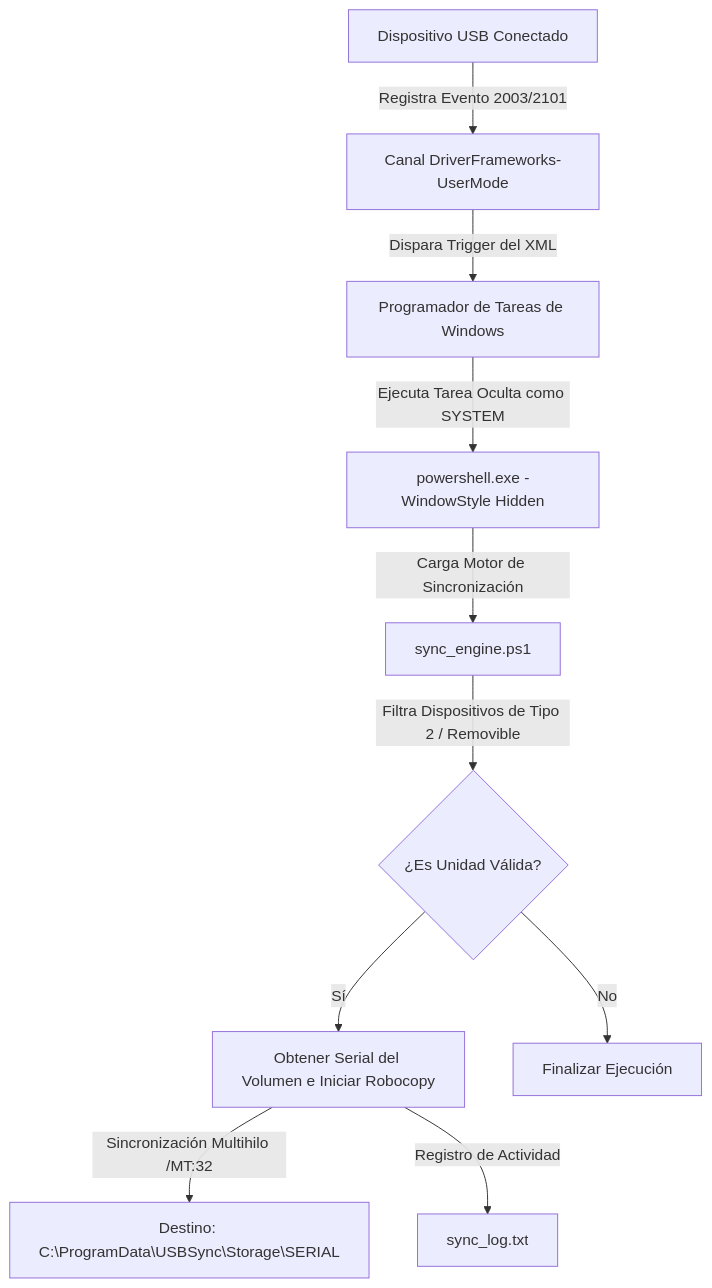
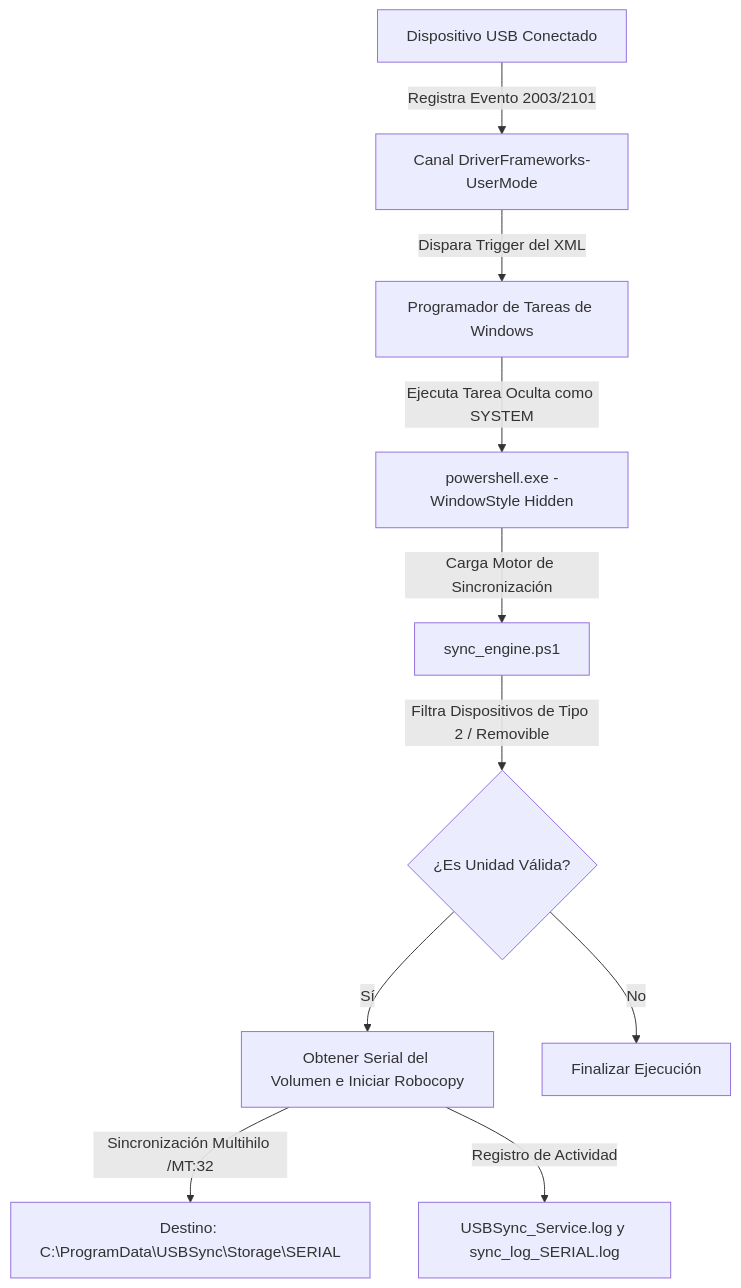
One commit to bmontes93/Hide-Clone-USB changed the diagram in README.md. Above: the diagram before and after it, drawn with Mermaid. The commit also changed other lines of this file, not shown here.

````diff
--- a/README.md
+++ b/README.md
@@ -31,12 +33,12 @@
 ```mermaid
 graph TD
     A[Dispositivo USB Conectado] -->|Registra Evento 2003/2101| B[Canal DriverFrameworks-UserMode]
     B -->|Dispara Trigger del XML| C[Programador de Tareas de Windows]
     C -->|Ejecuta Tarea Oculta como SYSTEM| D[powershell.exe -WindowStyle Hidden]
     D -->|Carga Motor de Sincronización| E[sync_engine.ps1]
     E -->|Filtra Dispositivos de Tipo 2 / Removible| F{¿Es Unidad Válida?}
     F -->|Sí| G[Obtener Serial del Volumen e Iniciar Robocopy]
     F -->|No| H[Finalizar Ejecución]
     G -->|Sincronización Multihilo /MT:32| I[Destino: C:\ProgramData\USBSync\Storage\SERIAL]
-    G -->|Registro de Actividad| J[sync_log.txt]
+    G -->|Registro de Actividad| J["USBSync_Service.log y sync_log_SERIAL.log"]
 ```
````
